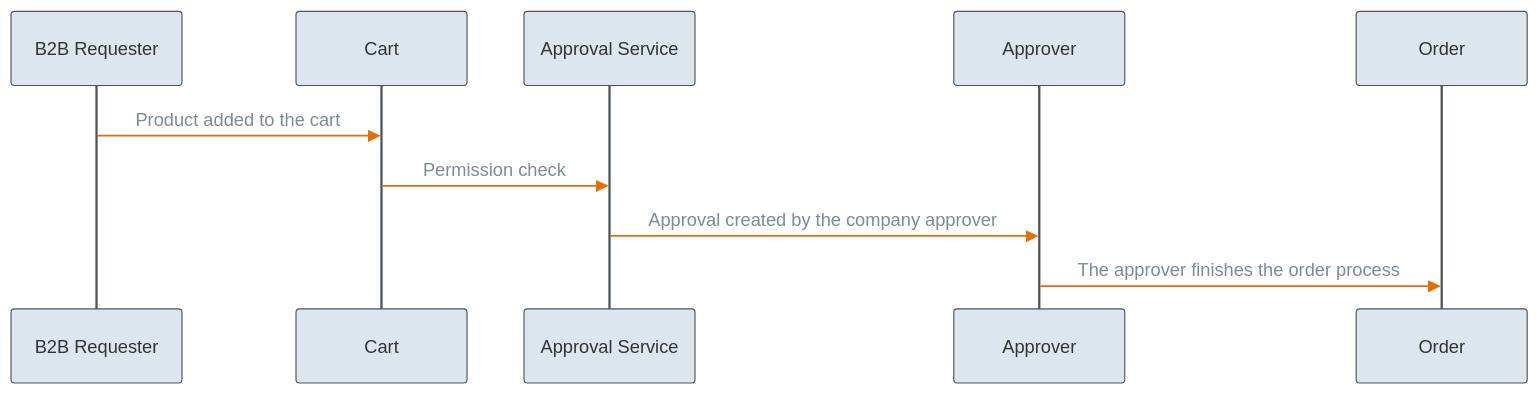
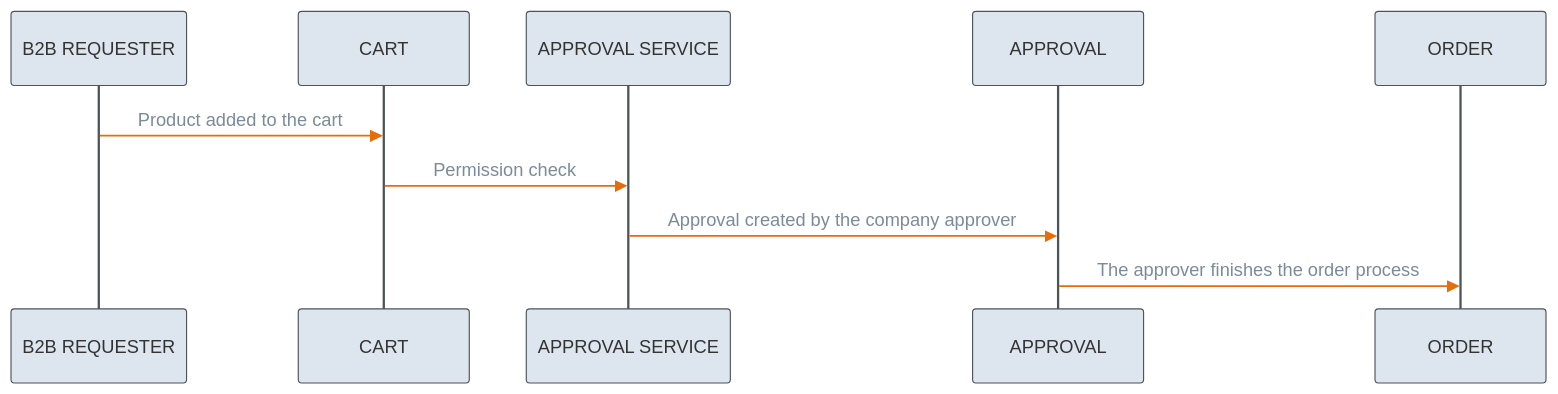
The third of 3 diagrams in companies-and-customers/approval-service/approval.md (emporix/api-references), drawn with Mermaid before and after one commit. The commit also changed other lines of this file, not shown here.

````diff
--- a/companies-and-customers/approval-service/approval.md
+++ b/companies-and-customers/approval-service/approval.md
@@ -94,27 +94,27 @@
 ```mermaid
 ---
 config:
   layout: fixed
   theme: base
   themeVariables:
     primaryColor: '#DDE6EE'
     primaryBorderColor: '#4C5359'
     actorBkg: '#DDE6EE'
     actorBorder: '#4C5359'
     actorLineColor: '#4C5359'
     signalColor: '#E86C07'
     signalTextColor: '#7B8B99'
     background: transparent 
 ---
 sequenceDiagram
-    participant BR as B2B Requester
-    participant C as Cart
-    participant AS as Approval Service
-    participant A as Approver
-    participant O as Order
+    participant BR as B2B REQUESTER
+    participant C as CART
+    participant AS as APPROVAL SERVICE
+    participant A as APPROVAL
+    participant O as ORDER
 
     BR->>C: Product added to the cart
     C->>AS: Permission check
     AS->>A: Approval created by the company approver
     A->>O: The approver finishes the order process
 ```
````
